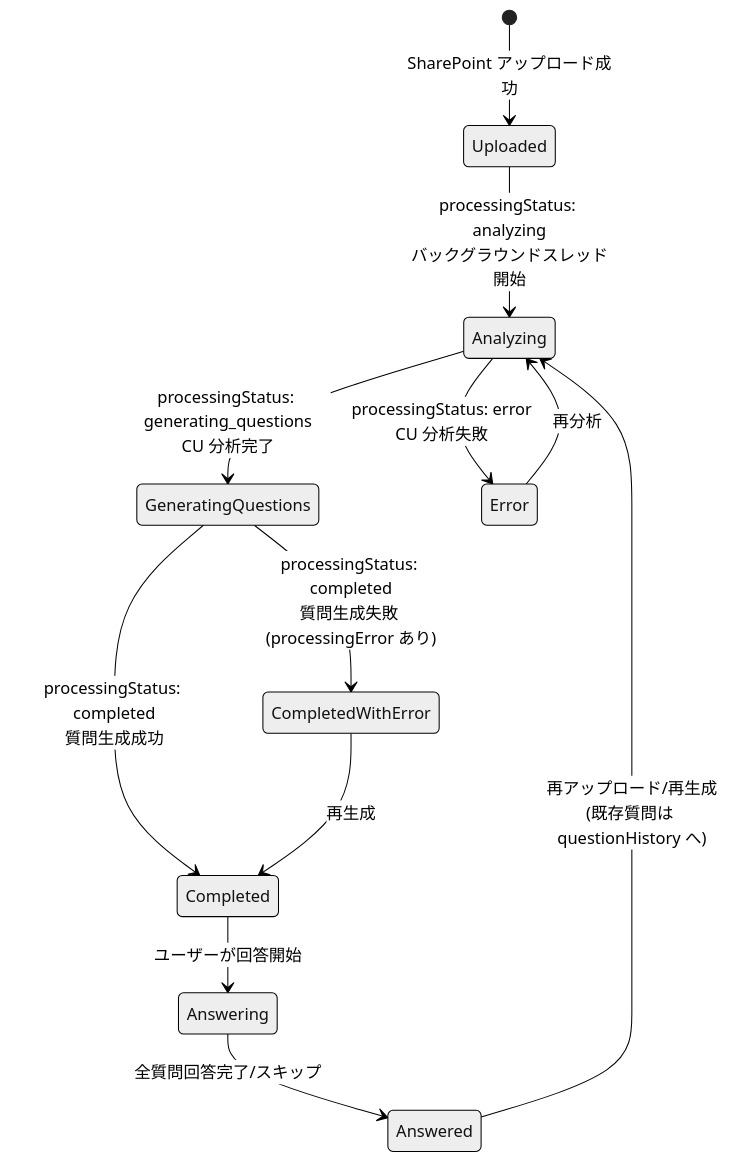
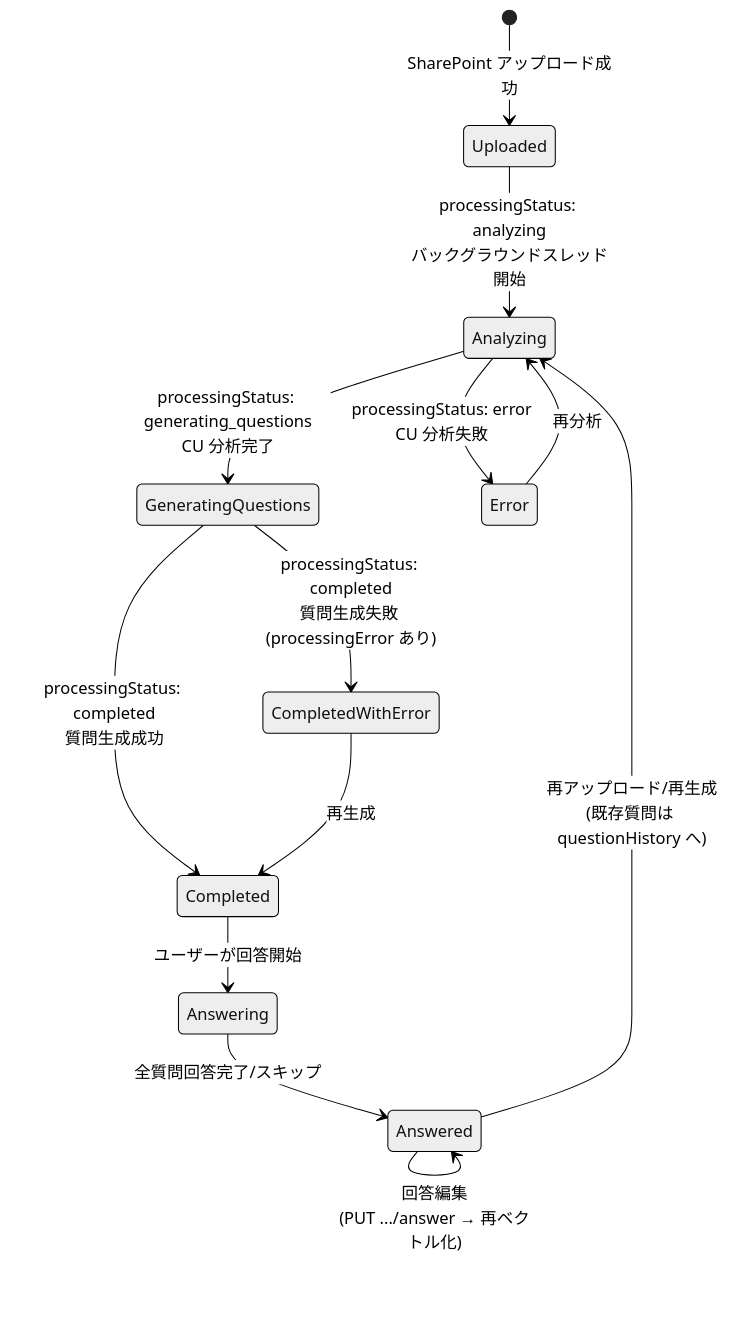
One commit to hatasaki/Manufacturing-Intelligent-Document-Management changed diagram 13 of 20 in docs/ARCHITECTURE.md. Above: the diagram before and after it, drawn with Mermaid (neutral theme). The commit also changed other lines of this file and 9 other files, not shown here.

````diff
--- a/docs/ARCHITECTURE.md
+++ b/docs/ARCHITECTURE.md
@@ -490,14 +491,15 @@
 ```mermaid
 stateDiagram-v2
     [*] --> Uploaded: SharePoint アップロード成功
     Uploaded --> Analyzing: processingStatus: analyzing<br/>バックグラウンドスレッド開始
     Analyzing --> GeneratingQuestions: processingStatus: generating_questions<br/>CU 分析完了
     Analyzing --> Error: processingStatus: error<br/>CU 分析失敗
     GeneratingQuestions --> Completed: processingStatus: completed<br/>質問生成成功
     GeneratingQuestions --> CompletedWithError: processingStatus: completed<br/>質問生成失敗 (processingError あり)
     Completed --> Answering: ユーザーが回答開始
     Answering --> Answered: 全質問回答完了/スキップ
     Answered --> Analyzing: 再アップロード/再生成<br/>(既存質問は questionHistory へ)
+    Answered --> Answered: 回答編集<br/>(PUT .../answer → 再ベクトル化)
     Error --> Analyzing: 再分析
     CompletedWithError --> Completed: 再生成
 ```
````
